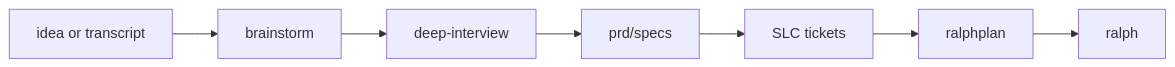
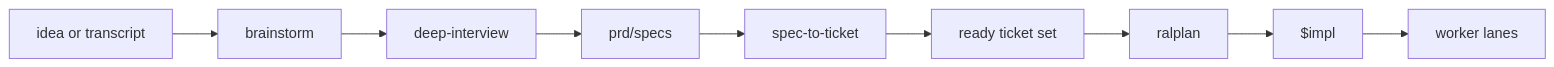
Before and after one commit to ZanarkandTechnologies/Farplane: the second of 6 diagrams in README.md, drawn with Mermaid. The commit also changed other lines of this file and 78 other files, not shown here.

````diff
--- a/README.md
+++ b/README.md
@@ -42,9 +150,11 @@
 ```mermaid
 flowchart LR
     A[idea or transcript] --> B[brainstorm]
     B --> C[deep-interview]
     C --> D[prd/specs]
-    D --> E[SLC tickets]
-    E --> F[ralphplan]
-    F --> G[ralph]
+    D --> E[spec-to-ticket]
+    E --> F[ready ticket set]
+    F --> G[ralplan]
+    G --> H[$impl]
+    H --> I[worker lanes]
 ```
````
